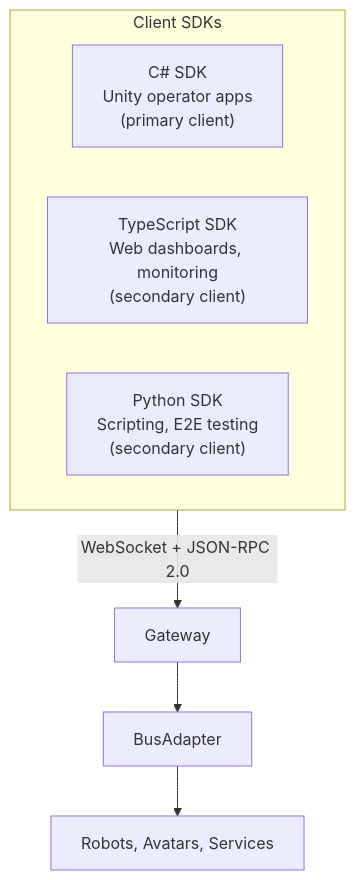
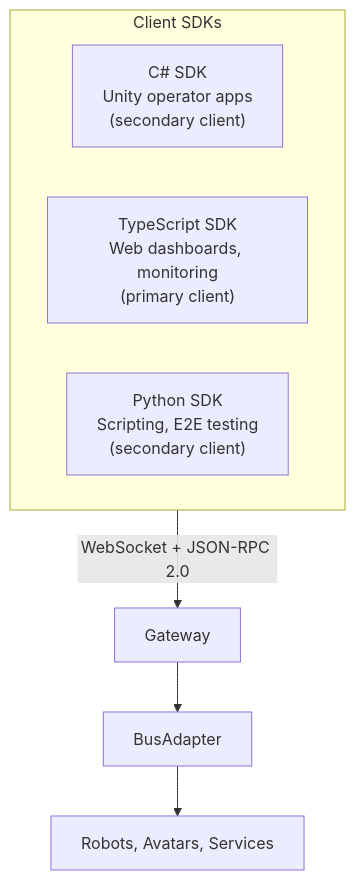
One commit to openrois/OpenRoIS changed the sixth of 17 diagrams in docs/white-paper.md. Above: the diagram before and after it, drawn with Mermaid. The commit also changed other lines of this file and 3 other files, not shown here.

````diff
--- a/docs/white-paper.md
+++ b/docs/white-paper.md
@@ -482,13 +484,13 @@
 ```mermaid
 flowchart TB
     subgraph SDKs["Client SDKs"]
         direction LR
-        CSharp["C# SDK<br/>Unity operator apps<br/>(primary client)"]
-        TS["TypeScript SDK<br/>Web dashboards, monitoring<br/>(secondary client)"]
+        CSharp["C# SDK<br/>Unity operator apps<br/>(secondary client)"]
+        TS["TypeScript SDK<br/>Web dashboards, monitoring<br/>(primary client)"]
         Py["Python SDK<br/>Scripting, E2E testing<br/>(secondary client)"]
     end
 
     SDKs -->|"WebSocket + JSON-RPC 2.0"| Gateway["Gateway"]
     Gateway --> BusAdapter["BusAdapter"]
     BusAdapter --> Hosts["Robots, Avatars, Services"]
 ```
````
